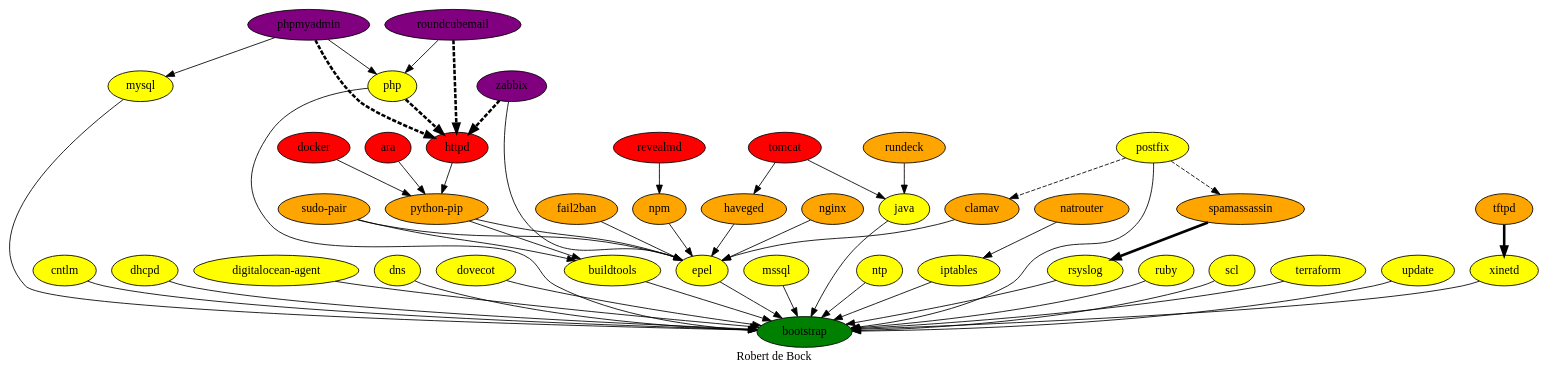
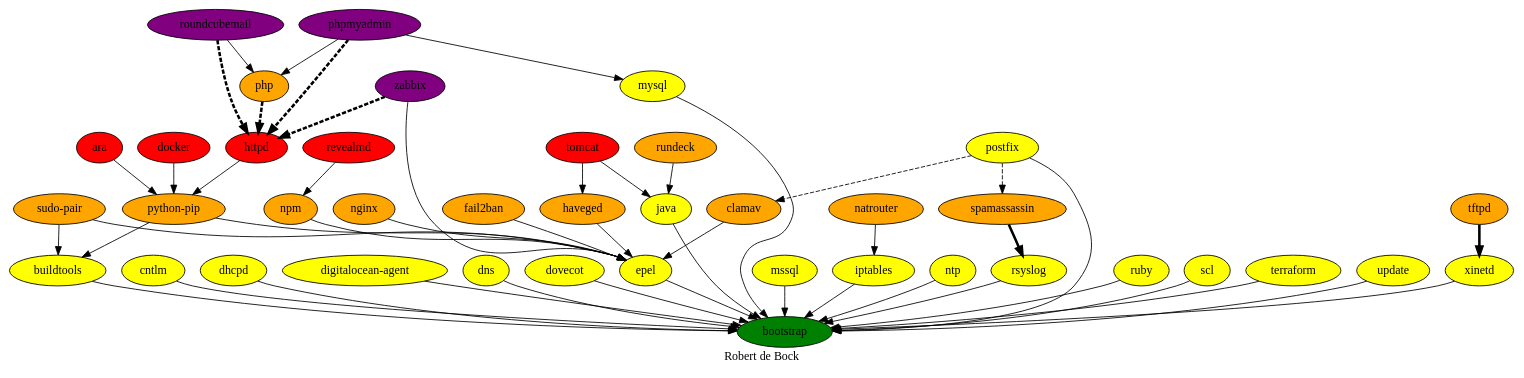
One commit to robertdebock/robertdebock.github.io changed the diagram in dependencies.dot. Above: the diagram before and after it, drawn with Graphviz. The commit also changed 1 other file, not shown here.

Commit message:
Fix dependency on php.

```diff
--- a/dependencies.dot
+++ b/dependencies.dot
@@ -1,59 +1,59 @@
 digraph hierarchy {
   label = "Robert de Bock" ;
   {
     ara [fillcolor=red style=filled]
     bootstrap [fillcolor=green style=filled]
     buildtools [fillcolor=yellow style=filled]
     clamav [fillcolor=orange style=filled]
     cntlm [fillcolor=yellow style=filled]
     dhcpd [fillcolor=yellow style=filled]
     "digitalocean-agent" [fillcolor=yellow style=filled]
     dns [fillcolor=yellow style=filled]
     docker [fillcolor=red style=filled]
     dovecot [fillcolor=yellow style=filled]
     epel [fillcolor=yellow style=filled]
     fail2ban [fillcolor=orange style=filled]
     haveged [fillcolor=orange style=filled]
     httpd [fillcolor=red style=filled]
     iptables [fillcolor=yellow style=filled]
     java [fillcolor=yellow style=filled]
     mssql [fillcolor=yellow style=filled]
     mysql [fillcolor=yellow style=filled]
     natrouter [fillcolor=orange style=filled]
     nginx [fillcolor=orange style=filled]
     npm [fillcolor=orange style=filled]
     ntp [fillcolor=yellow style=filled]
-    php [fillcolor=yellow style=filled]
+    php [fillcolor=orange style=filled]
     phpmyadmin [fillcolor=purple style=filled]
     postfix [fillcolor=yellow style=filled]
     "python-pip" [fillcolor=orange style=filled]
     revealmd [fillcolor=red style=filled]
     roundcubemail [fillcolor=purple style=filled]
     rsyslog [fillcolor=yellow style=filled]
     ruby [fillcolor=yellow style=filled]
     rundeck [fillcolor=orange style=filled]
     scl [fillcolor=yellow style=filled]
     spamassassin [fillcolor=orange style=filled]
     "sudo-pair" [fillcolor=orange style=filled]
     terraform [fillcolor=yellow style=filled]
     tftpd [fillcolor=orange style=filled]
     tomcat [fillcolor=red style=filled]
     update [fillcolor=yellow style=filled]
     xinetd [fillcolor=yellow style=filled]
     zabbix [fillcolor=purple style=filled]
   }
-  {buildtools cntlm dhcpd "digitalocean-agent" dns dovecot epel iptables java mysql mssql ntp php postfix rsyslog ruby scl terraform update xinetd} -> bootstrap
+  {buildtools cntlm dhcpd "digitalocean-agent" dns dovecot epel iptables java mysql mssql ntp postfix rsyslog ruby scl terraform update xinetd} -> bootstrap
   {clamav fail2ban haveged nginx npm "python-pip" "sudo-pair" zabbix} -> epel
   postfix -> {spamassassin clamav} [style=dashed]
   {ara docker httpd} -> "python-pip"
   revealmd -> npm
   natrouter -> iptables
   tftpd -> xinetd  [penwidth=3]
   phpmyadmin -> {php mysql}
   {php phpmyadmin roundcubemail zabbix} -> httpd [style=dashed penwidth=3]
   roundcubemail -> php
   {"python-pip" "sudo-pair"} -> {buildtools}
   {rundeck tomcat} -> java
   tomcat -> haveged
   spamassassin -> rsyslog [penwidth=3]
 }
```
